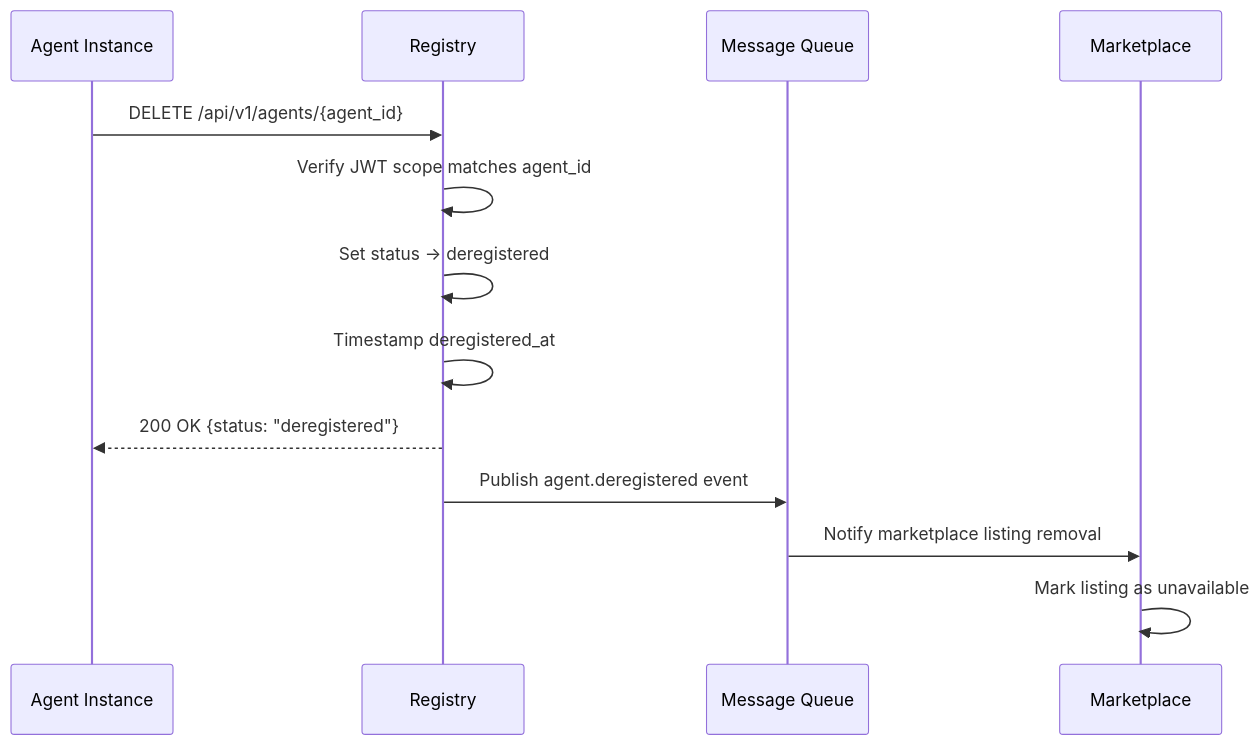
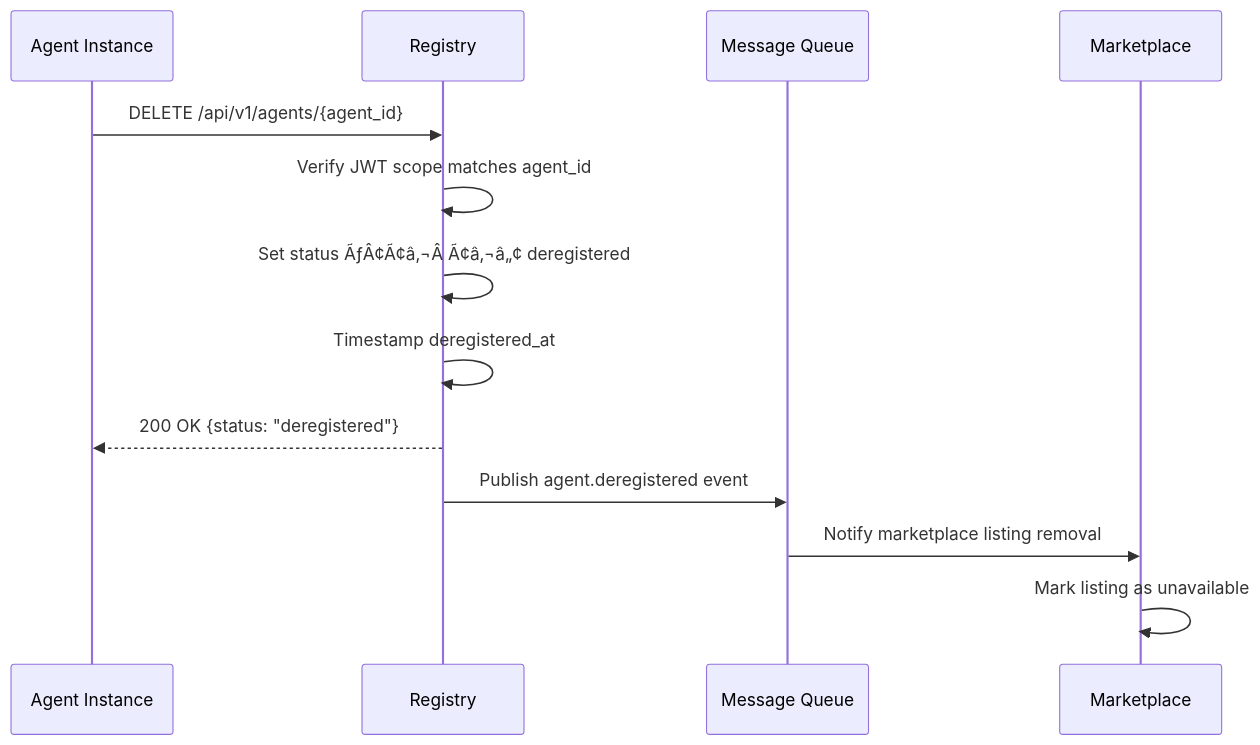
The sixth of 14 diagrams in docs/08-ai/AgentRegistry.md (rohitkumarnaidu/Portfolio), drawn with Mermaid before and after one commit. The commit also changed other lines of this file and 343 other files, not shown here.

First line of the commit message:
docs: add Mermaid diagrams across 140+ files — 38% -> 70% coverage

````diff
--- a/docs/08-ai/AgentRegistry.md
+++ b/docs/08-ai/AgentRegistry.md
@@ -594,16 +589,16 @@
 ```mermaid
 sequenceDiagram
     participant Agent as Agent Instance
     participant Reg as Registry
     participant MQ as Message Queue
     participant Market as Marketplace
 
     Agent->>Reg: DELETE /api/v1/agents/{agent_id}
     Reg->>Reg: Verify JWT scope matches agent_id
-    Reg->>Reg: Set status → deregistered
+    Reg->>Reg: Set status ÃƒÂ¢Ã¢â‚¬Â Ã¢â‚¬â„¢ deregistered
     Reg->>Reg: Timestamp deregistered_at
     Reg-->>Agent: 200 OK {status: "deregistered"}
     Reg->>MQ: Publish agent.deregistered event
     MQ->>Market: Notify marketplace listing removal
     Market->>Market: Mark listing as unavailable
 ```
````
